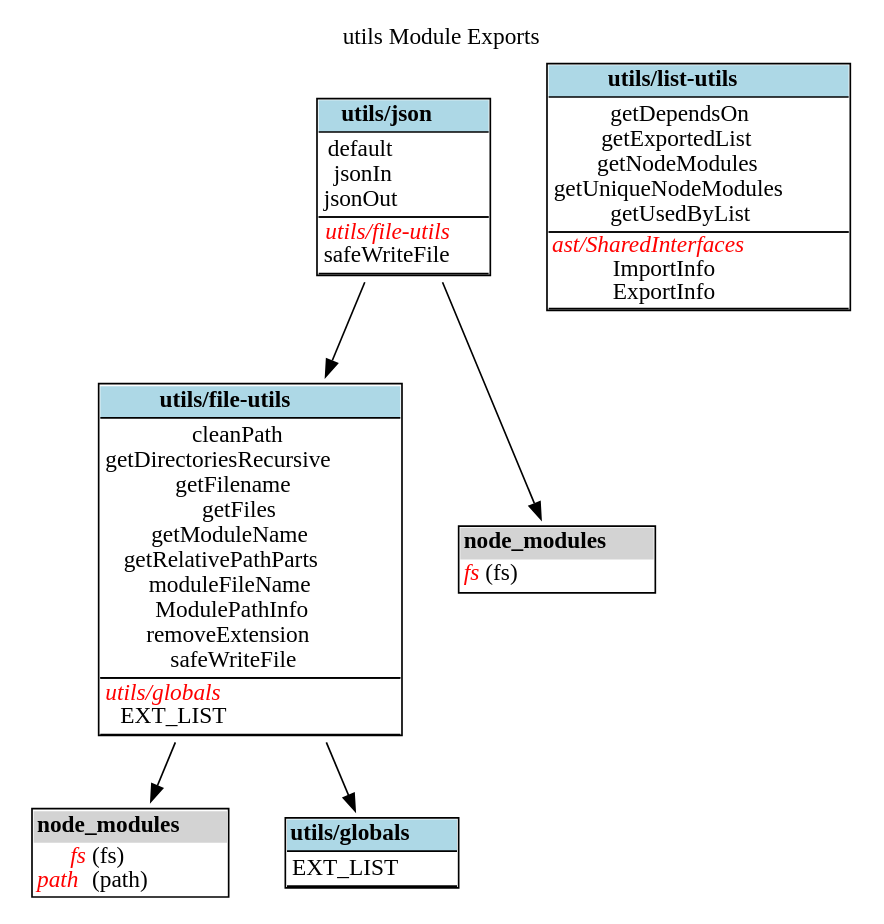
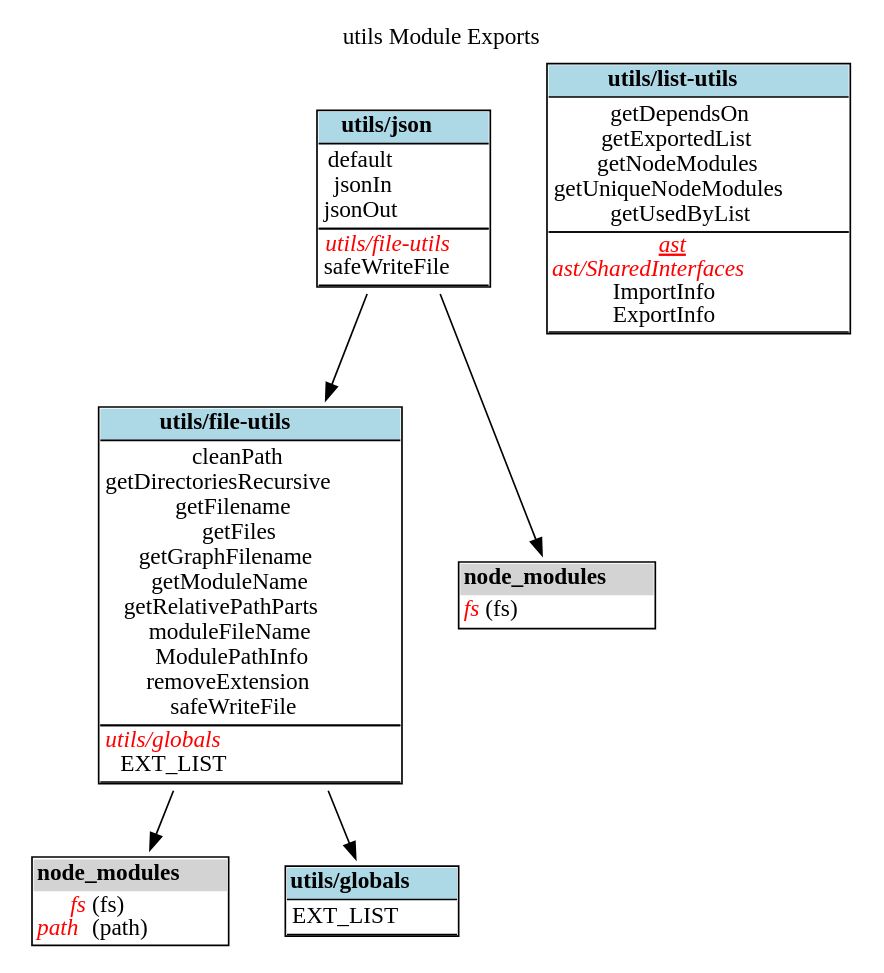
One commit to fleebe/GitHubPages changed the diagram in dep-graph-ts/utils/ExportGraph.dot. Above: the diagram before and after it, drawn with Graphviz. The commit also changed 30 other files, not shown here.

Commit message:
Update docs for dep-graph-ts from fleebe/dep-graph-ts workflow

```diff
--- a/dep-graph-ts/utils/ExportGraph.dot
+++ b/dep-graph-ts/utils/ExportGraph.dot
@@ -1,72 +1,74 @@
 digraph {label="utils Module Exports";
 labelloc="t";
 "utils/file-utils" [shape=none, label=<<TABLE cellspacing="0" cellborder="0" align="left">
 <TR><TD bgcolor="lightblue" align="center"><B>utils/file-utils</B></TD></TR>
 <TR><TD BORDER="1" SIDES="TB" align="left">
 cleanPath<BR/>
 getDirectoriesRecursive<BR/>
 getFilename<BR/>
 getFiles<BR/>
+getGraphFilename<BR/>
 getModuleName<BR/>
 getRelativePathParts<BR/>
 moduleFileName<BR/>
 ModulePathInfo<BR/>
 removeExtension<BR/>
 safeWriteFile<BR/>
 </TD></TR>
 <TR><TD BORDER="1" SIDES="TB" align="left">
 <font color="red"><I>utils/globals</I></font><BR/>
 EXT_LIST<BR/>
 </TD></TR>
 </TABLE>>];
 "utils/file-utils-node_modules" [shape=none, label=<<TABLE cellspacing="0" cellborder="0" align="left">
 <TR><TD bgcolor="lightgrey" align="center"><B>node_modules</B></TD></TR>
 <TR><TD align="left">
 <font color="red"><I>fs</I></font> (fs)<BR/>
 <font color="red"><I>path</I></font> (path)<BR/>
 </TD></TR>
 </TABLE>>];
 "utils/file-utils"->"utils/file-utils-node_modules";
 "utils/globals" [shape=none, label=<<TABLE cellspacing="0" cellborder="0" align="left">
 <TR><TD bgcolor="lightblue" align="center"><B>utils/globals</B></TD></TR>
 <TR><TD BORDER="1" SIDES="TB" align="left">
 EXT_LIST<BR/>
 </TD></TR>
 </TABLE>>];
 "utils/json" [shape=none, label=<<TABLE cellspacing="0" cellborder="0" align="left">
 <TR><TD bgcolor="lightblue" align="center"><B>utils/json</B></TD></TR>
 <TR><TD BORDER="1" SIDES="TB" align="left">
 default<BR/>
 jsonIn<BR/>
 jsonOut<BR/>
 </TD></TR>
 <TR><TD BORDER="1" SIDES="TB" align="left">
 <font color="red"><I>utils/file-utils</I></font><BR/>
 safeWriteFile<BR/>
 </TD></TR>
 </TABLE>>];
 "utils/json-node_modules" [shape=none, label=<<TABLE cellspacing="0" cellborder="0" align="left">
 <TR><TD bgcolor="lightgrey" align="center"><B>node_modules</B></TD></TR>
 <TR><TD align="left">
 <font color="red"><I>fs</I></font> (fs)<BR/>
 </TD></TR>
 </TABLE>>];
 "utils/json"->"utils/json-node_modules";
 "utils/list-utils" [shape=none, label=<<TABLE cellspacing="0" cellborder="0" align="left">
 <TR><TD bgcolor="lightblue" align="center"><B>utils/list-utils</B></TD></TR>
 <TR><TD BORDER="1" SIDES="TB" align="left">
 getDependsOn<BR/>
 getExportedList<BR/>
 getNodeModules<BR/>
 getUniqueNodeModules<BR/>
 getUsedByList<BR/>
 </TD></TR>
-<TR><TD BORDER="1" SIDES="TB" cellpadding="1" align="left">
+<TR><TD BORDER="1" SIDES="TB" cellpadding="1" align="left" HREF="diagrams.html#ast" TARGET="_top">
+<font color="red"><I><U>ast</U></I></font><BR/>
 <font color="red"><I>ast/SharedInterfaces</I></font><BR/>
 ImportInfo<BR/>
 ExportInfo<BR/>
 </TD></TR>
 </TABLE>>];
 "utils/file-utils"->"utils/globals";
 "utils/json"->"utils/file-utils";
 }
```
